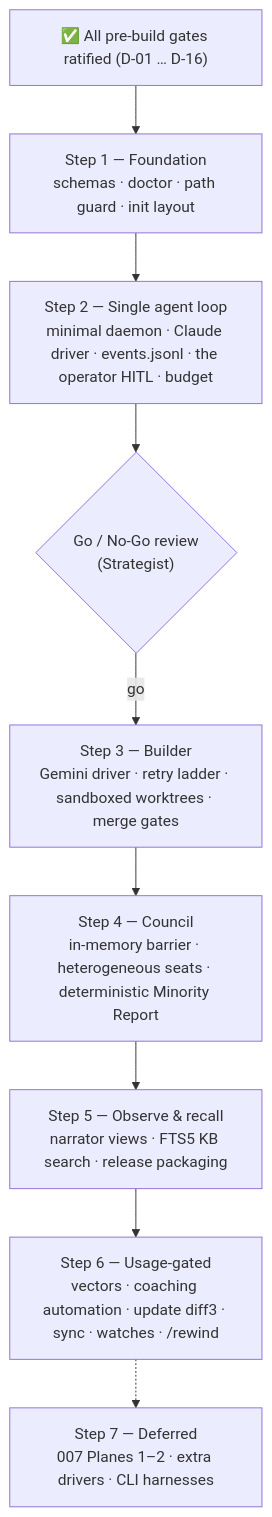
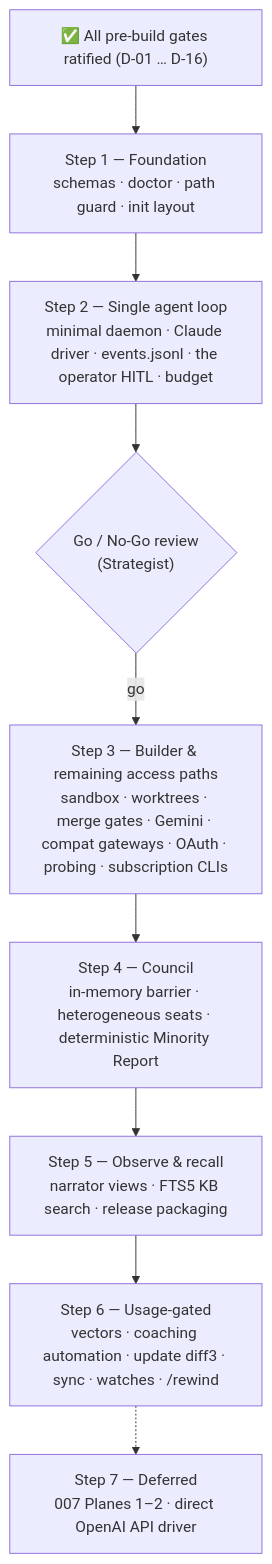
One commit to jessevondoom/delphi changed the diagram in missions/2026-10-23-foundational-design/roadmap.md. Above: the diagram before and after it, drawn with Mermaid. The commit also changed other lines of this file and 28 other files, not shown here.

````diff
--- a/missions/2026-10-23-foundational-design/roadmap.md
+++ b/missions/2026-10-23-foundational-design/roadmap.md
@@ -22,12 +22,12 @@
 ```mermaid
 flowchart TD
     G["✅ All pre-build gates ratified (D-01 … D-16)"] --> S1
     S1["Step 1 — Foundation\nschemas · doctor · path guard · init layout"] --> S2
     S2["Step 2 — Single agent loop\nminimal daemon · Claude driver · events.jsonl · the operator HITL · budget"] --> GNG{"Go / No-Go review\n(Strategist)"}
     GNG -->|go| S3
-    S3["Step 3 — Builder\nGemini driver · retry ladder · sandboxed worktrees · merge gates"] --> S4
+    S3["Step 3 — Builder & remaining access paths\nsandbox · worktrees · merge gates · Gemini · compat gateways · OAuth · probing · subscription CLIs"] --> S4
     S4["Step 4 — Council\nin-memory barrier · heterogeneous seats · deterministic Minority Report"] --> S5
     S5["Step 5 — Observe & recall\nnarrator views · FTS5 KB search · release packaging"] --> S6
     S6["Step 6 — Usage-gated\nvectors · coaching automation · update diff3 · sync · watches · /rewind"]
-    S6 -.-> S7["Step 7 — Deferred\n007 Planes 1–2 · extra drivers · CLI harnesses"]
+    S6 -.-> S7["Step 7 — Deferred\n007 Planes 1–2 · direct OpenAI API driver"]
 ```
````
